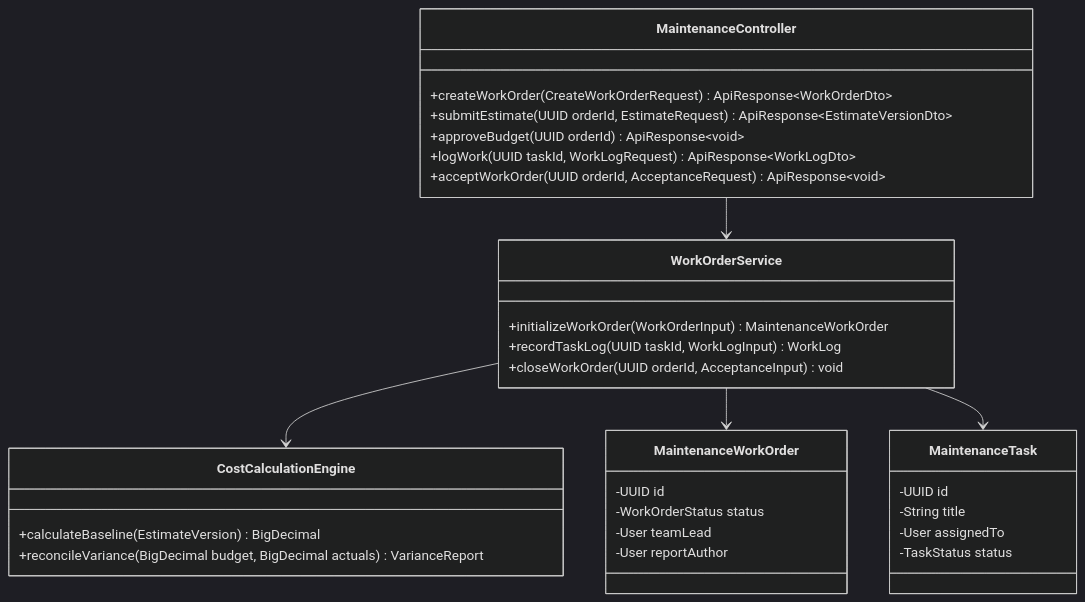
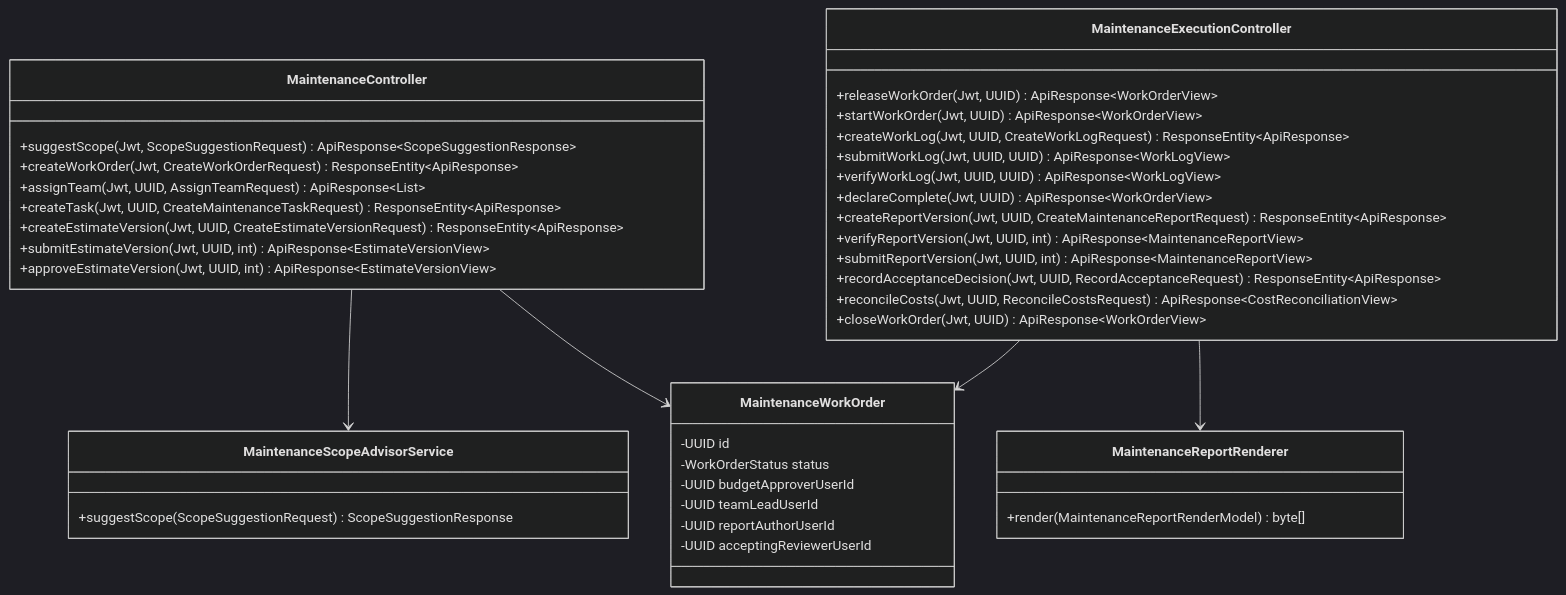
Diagram 20 of 22 in reports/report-4-software-design-document/03-detailed-design.md (tungbach12/SmartDroneInspection-Docs), drawn with Mermaid (dark theme) before and after one commit. The commit also changed other lines of this file and 155 other files, not shown here.

````diff
--- a/reports/report-4-software-design-document/03-detailed-design.md
+++ b/reports/report-4-software-design-document/03-detailed-design.md
@@ -565,36 +804,45 @@
 ```mermaid
-%% title: Maintenance Management Class Diagram
+%% title: Maintenance Work Order, RAG Advisor and Cost Control Class Diagram
 classDiagram
   class MaintenanceController {
-    +createWorkOrder(CreateWorkOrderRequest) ApiResponse~WorkOrderDto~
-    +submitEstimate(UUID orderId, EstimateRequest) ApiResponse~EstimateVersionDto~
-    +approveBudget(UUID orderId) ApiResponse~void~
-    +logWork(UUID taskId, WorkLogRequest) ApiResponse~WorkLogDto~
-    +acceptWorkOrder(UUID orderId, AcceptanceRequest) ApiResponse~void~
+    +suggestScope(Jwt, ScopeSuggestionRequest) ApiResponse~ScopeSuggestionResponse~
+    +createWorkOrder(Jwt, CreateWorkOrderRequest) ResponseEntity~ApiResponse~
+    +assignTeam(Jwt, UUID, AssignTeamRequest) ApiResponse~List~
+    +createTask(Jwt, UUID, CreateMaintenanceTaskRequest) ResponseEntity~ApiResponse~
+    +createEstimateVersion(Jwt, UUID, CreateEstimateVersionRequest) ResponseEntity~ApiResponse~
+    +submitEstimateVersion(Jwt, UUID, int) ApiResponse~EstimateVersionView~
+    +approveEstimateVersion(Jwt, UUID, int) ApiResponse~EstimateVersionView~
   }
-  class WorkOrderService {
-    +initializeWorkOrder(WorkOrderInput) MaintenanceWorkOrder
-    +recordTaskLog(UUID taskId, WorkLogInput) WorkLog
-    +closeWorkOrder(UUID orderId, AcceptanceInput) void
+  class MaintenanceExecutionController {
+    +releaseWorkOrder(Jwt, UUID) ApiResponse~WorkOrderView~
+    +startWorkOrder(Jwt, UUID) ApiResponse~WorkOrderView~
+    +createWorkLog(Jwt, UUID, CreateWorkLogRequest) ResponseEntity~ApiResponse~
+    +submitWorkLog(Jwt, UUID, UUID) ApiResponse~WorkLogView~
+    +verifyWorkLog(Jwt, UUID, UUID) ApiResponse~WorkLogView~
+    +declareComplete(Jwt, UUID) ApiResponse~WorkOrderView~
+    +createReportVersion(Jwt, UUID, CreateMaintenanceReportRequest) ResponseEntity~ApiResponse~
+    +verifyReportVersion(Jwt, UUID, int) ApiResponse~MaintenanceReportView~
+    +submitReportVersion(Jwt, UUID, int) ApiResponse~MaintenanceReportView~
+    +recordAcceptanceDecision(Jwt, UUID, RecordAcceptanceRequest) ResponseEntity~ApiResponse~
+    +reconcileCosts(Jwt, UUID, ReconcileCostsRequest) ApiResponse~CostReconciliationView~
+    +closeWorkOrder(Jwt, UUID) ApiResponse~WorkOrderView~
   }
-  class CostCalculationEngine {
-    +calculateBaseline(EstimateVersion) BigDecimal
-    +reconcileVariance(BigDecimal budget, BigDecimal actuals) VarianceReport
+  class MaintenanceScopeAdvisorService {
+    +suggestScope(ScopeSuggestionRequest) ScopeSuggestionResponse
+  }
+  class MaintenanceReportRenderer {
+    +render(MaintenanceReportRenderModel) byte[]
   }
   class MaintenanceWorkOrder {
     -UUID id
     -WorkOrderStatus status
-    -User teamLead
-    -User reportAuthor
+    -UUID budgetApproverUserId
+    -UUID teamLeadUserId
+    -UUID reportAuthorUserId
+    -UUID acceptingReviewerUserId
   }
-  class MaintenanceTask {
-    -UUID id
-    -String title
-    -User assignedTo
-    -TaskStatus status
-  }
-  MaintenanceController --> WorkOrderService
-  WorkOrderService --> CostCalculationEngine
-  WorkOrderService --> MaintenanceWorkOrder
-  WorkOrderService --> MaintenanceTask
+  MaintenanceController --> MaintenanceScopeAdvisorService
+  MaintenanceController --> MaintenanceWorkOrder
+  MaintenanceExecutionController --> MaintenanceWorkOrder
+  MaintenanceExecutionController --> MaintenanceReportRenderer
 ```
````
